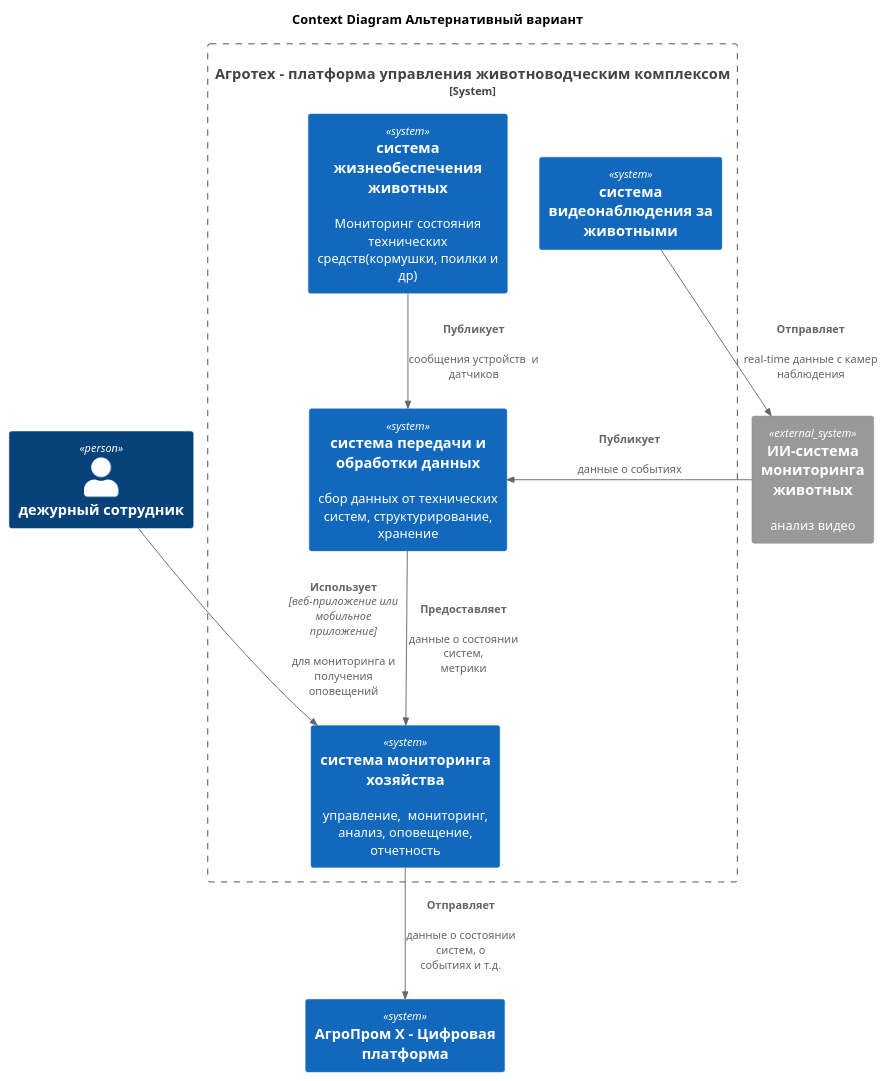
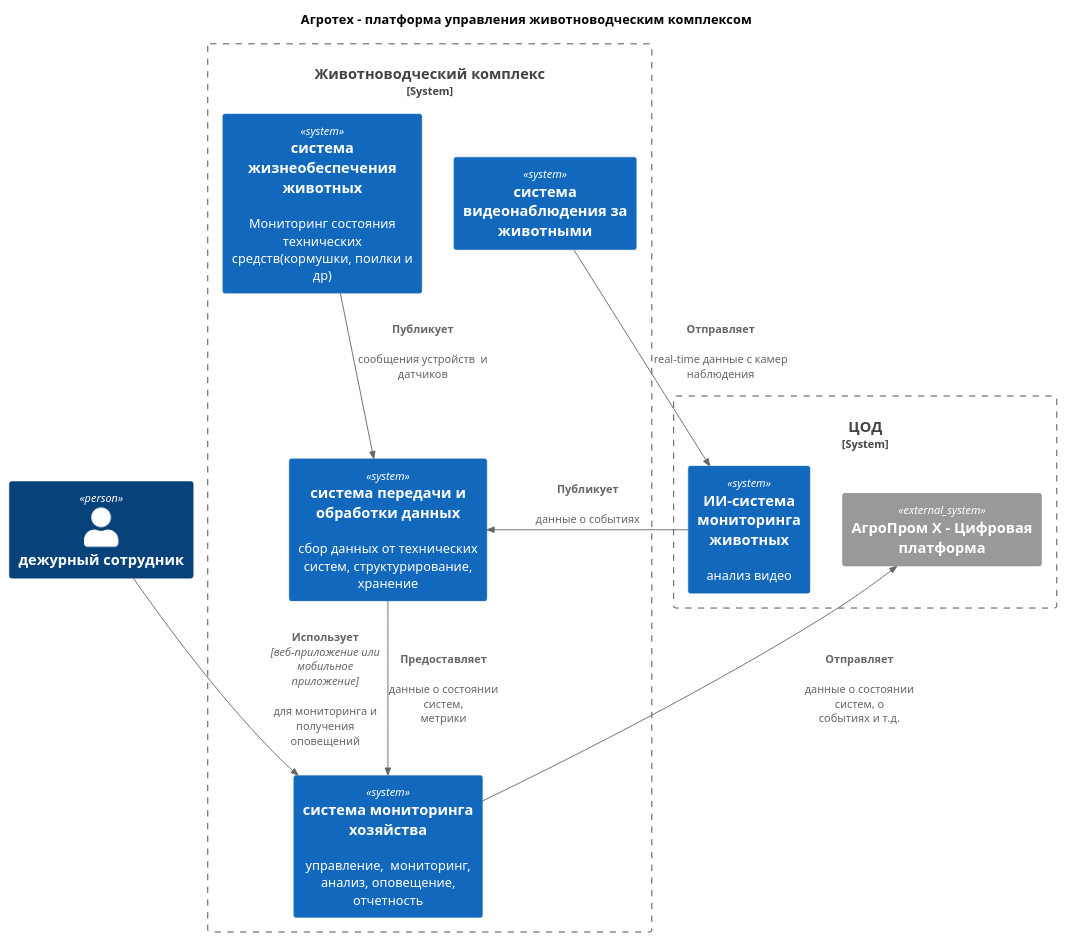
Before and after one commit to Bessolitsyn/MSA-AgroTech: the diagram in TASK1/agrotech_v2_С1.puml, drawn with PlantUML. The commit also changed 8 other files, not shown here.

```diff
--- a/TASK1/agrotech_v2_С1.puml
+++ b/TASK1/agrotech_v2_С1.puml
@@ -1,60 +1,63 @@
 @startuml агро_V2_С1
 !include https://raw.githubusercontent.com/plantuml-stdlib/C4-PlantUML/master/C4_Context.puml
-title "Context Diagram  Альтернативный вариант"
+title "Агротех  - платформа управления животноводческим комплексом"
 'title "Платформа управления животноводческим комплексом"
 Person(сотрудник, "дежурный сотрудник")
 
-System_Boundary(платформа, "Агротех  - платформа управления животноводческим комплексом") {
+System_Boundary(платформа, "Животноводческий комплекс") {
     ''Нефункциональные требования
     ''обеспечивать достаточно высокую отказоустойчивость 99,95%;
     ''быть расширяемой, то есть иметь возможность разработать новый функционал без изменений существующего;
     ''иметь высокую производительность — от момента возникновения нештатной ситуации, зафиксированной с помощью видеоаналитики, должно проходить не более 5 секунд до момента оповещения;
     ''позволять системе видеоаналитики реагировать в реальном времени (миллисекунды).    
     
     System(databus, "система передачи и обработки данных", "сбор данных от технических систем, структурирование, хранение ")
     
     System(цуп, "система мониторинга хозяйства", "управление,  мониторинг, анализ, оповещение, отчетность")
     '{
         'работать даже в случае отсутствия интернета и при необходимости отправлиять уведомления дежурному сотруднику на местах мониторинга, а после восстановления связи синхронизироваться с центральной системой;
         'иметь разделение ролей и поддерживать современные способы аутентификации и авторизации;
         'иметь API для создания мобильного приложения или веб-приложения.
         'предоставлять базовые метрики для передачи в другие системы;
         'поддерживать возможность добавления собственных метрик;
 
     '}
     System(животноводство,"система жизнеобеспечения животных", "Мониторинг состояния технических средств(кормушки, поилки и др)")
     '{
         'управлять кормушками и поилками разных производителей;
         'следить за состоянием систем фильтрации воды;
 
     '}   
     System(видео,"система видеонаблюдения за животными", "") 
     '{
         'поддерживать необходимое количество видеокамер для аналитики в реальном времени от разных производителей;
     '}       
     
     
 }
-    System(платформаX, "АгроПром Х - Цифровая платформа")
-    System_Ext(ai, "ИИ-система мониторинга животных", "анализ видео") 
+    System_Boundary(платформа_, "ЦОД") {            
+        System_Ext(платформаX, "АгроПром Х - Цифровая платформа")  
+        System(ai, "ИИ-система мониторинга животных", "анализ видео") 
+    
+    }
     'Готовую нейросетевую модель предоставят партнёры.
     '{ 
         'фиксировать признаки беспокойного поведения или драк среди животных и оповещать оператора;
         'фиксировать признаки задавливания поросят;
         'оценивать состояние животных по внешнему виду и поведению: болезнь, гибель, беспокойство и так далее;
         'пересчитывать поголовье;
         'делать пересчёт животных;
     '}
     
 
 
 
 Rel(видео, ai, "Отправляет", "", "real-time данные с камер наблюдения") 
 Rel(ai, databus, "Публикует", "", "данные о событиях")
 Rel(сотрудник, цуп, "Использует", "веб-приложение или мобильное приложение", "для мониторинга и получения оповещений")
 Rel(databus, цуп, "Предоставляет", "", "данные о состоянии систем, метрики") 
 Rel(животноводство, databus, "Публикует", "", "сообщения устройств  и датчиков") 
 Rel(цуп, платформаX, "Отправляет","","данные о состоянии систем, о событиях и т.д.")
 
 
 @enduml
```
